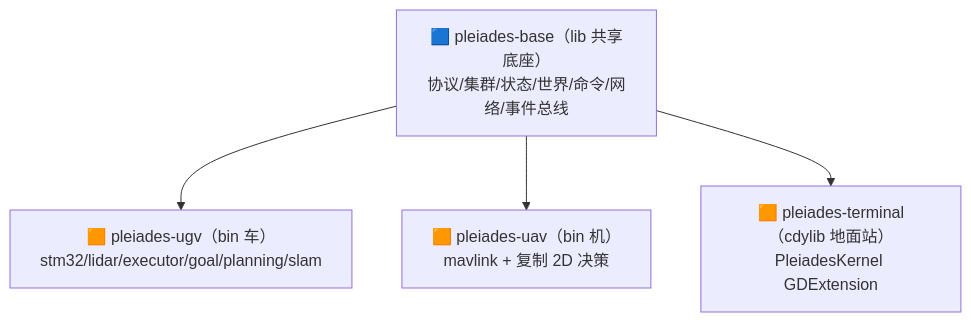
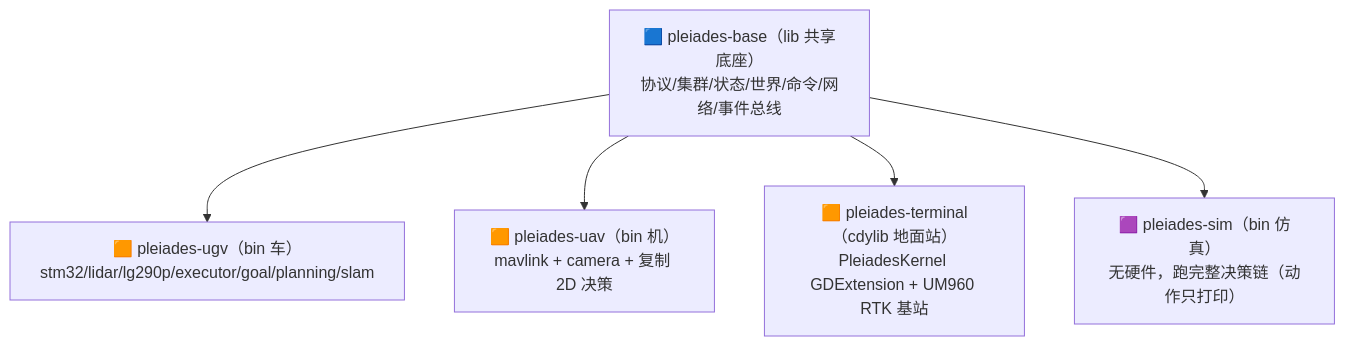
One commit to LYK-ce/Pleiades changed the first of 6 diagrams in Architecture/robot_arch.md. Above: the diagram before and after it, drawn with Mermaid. The commit also changed other lines of this file and 70 other files, not shown here.

````diff
--- a/Architecture/robot_arch.md
+++ b/Architecture/robot_arch.md
@@ -19,10 +19,12 @@
 ```mermaid
 flowchart TB
     BASE["🟦 pleiades-base（lib 共享底座）<br/>协议/集群/状态/世界/命令/网络/事件总线"]
-    UGV["🟧 pleiades-ugv（bin 车）<br/>stm32/lidar/executor/goal/planning/slam"]
-    UAV["🟧 pleiades-uav（bin 机）<br/>mavlink + 复制 2D 决策"]
-    TERM["🟧 pleiades-terminal（cdylib 地面站）<br/>PleiadesKernel GDExtension"]
+    UGV["🟧 pleiades-ugv（bin 车）<br/>stm32/lidar/lg290p/executor/goal/planning/slam"]
+    UAV["🟧 pleiades-uav（bin 机）<br/>mavlink + camera + 复制 2D 决策"]
+    TERM["🟧 pleiades-terminal（cdylib 地面站）<br/>PleiadesKernel GDExtension + UM960 RTK 基站"]
+    SIM["🟪 pleiades-sim（bin 仿真）<br/>无硬件，跑完整决策链（动作只打印）"]
     BASE --> UGV
     BASE --> UAV
     BASE --> TERM
+    BASE --> SIM
 ```
````
